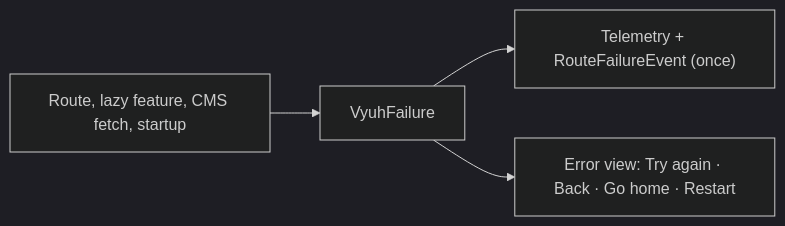
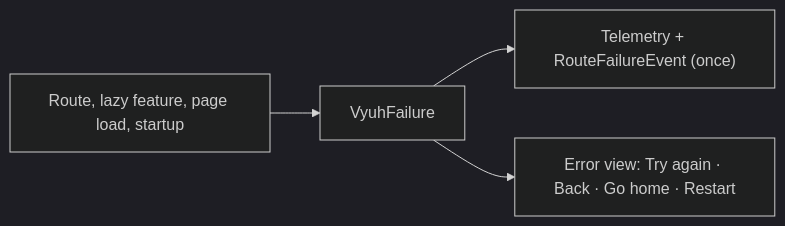
The diagram in docs/guides/errors-and-recovery.md (vyuh-tech/vyuh), drawn with Mermaid (dark theme) before and after one commit. The commit also changed other lines of this file and 16 other files, not shown here.

````diff
--- a/docs/guides/errors-and-recovery.md
+++ b/docs/guides/errors-and-recovery.md
@@ -15,6 +15,6 @@
 ```mermaid
 flowchart LR
-  Fail["Route, lazy feature, CMS fetch, startup"] --> Failure["VyuhFailure"]
+  Fail["Route, lazy feature, page load, startup"] --> Failure["VyuhFailure"]
   Failure --> Report["Telemetry + RouteFailureEvent (once)"]
   Failure --> View["Error view: Try again · Back · Go home · Restart"]
 ```
````
